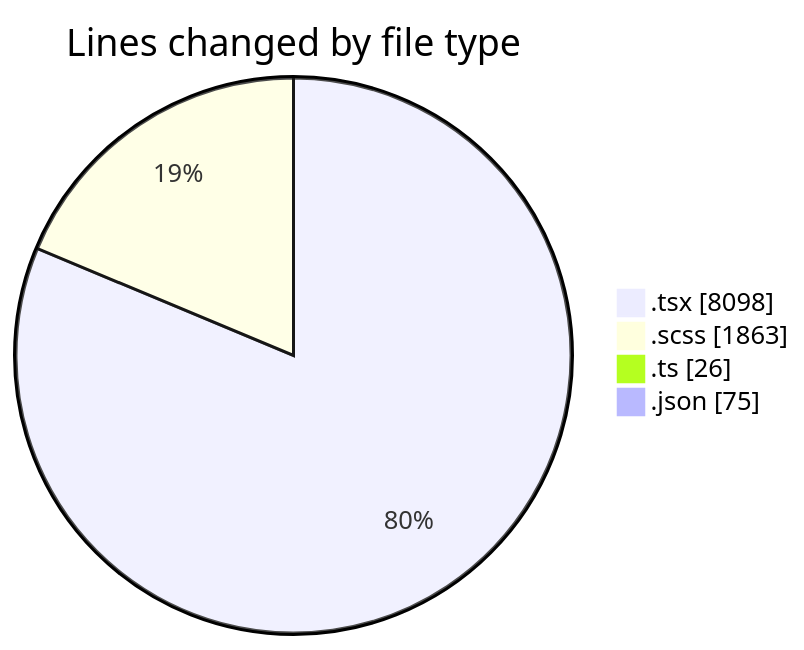
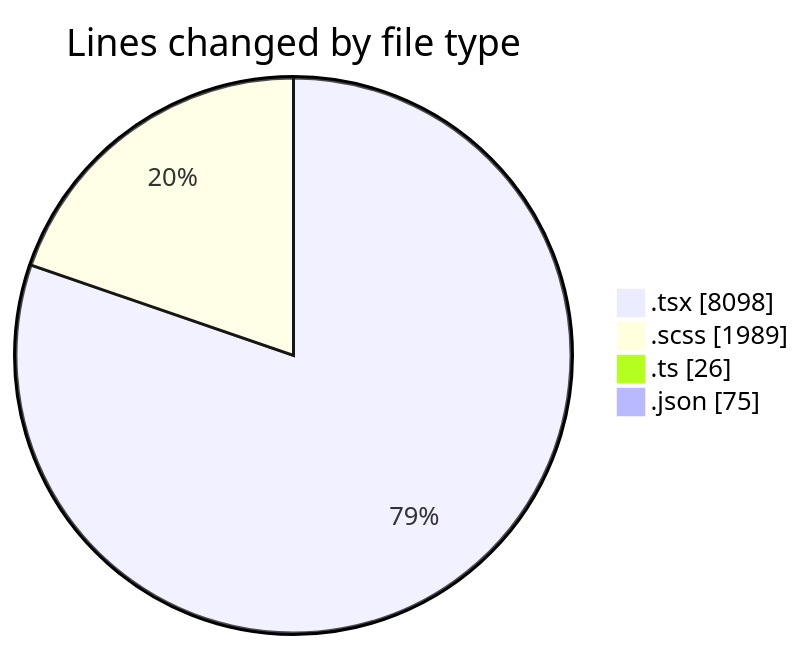
Before and after one commit to momahboobian/code-tracking: the first of 2 diagrams in 2025-04-09/cda/README.md, drawn with Mermaid. The commit also changed other lines of this file and 1 other file, not shown here.

````diff
--- a/2025-04-09/cda/README.md
+++ b/2025-04-09/cda/README.md
@@ -48,8 +48,8 @@
 ```mermaid
 pie showData
 title Lines changed by file type
 ".tsx" : 8098
-".scss" : 1863
+".scss" : 1989
 ".ts" : 26
 ".json" : 75
 ```
````
